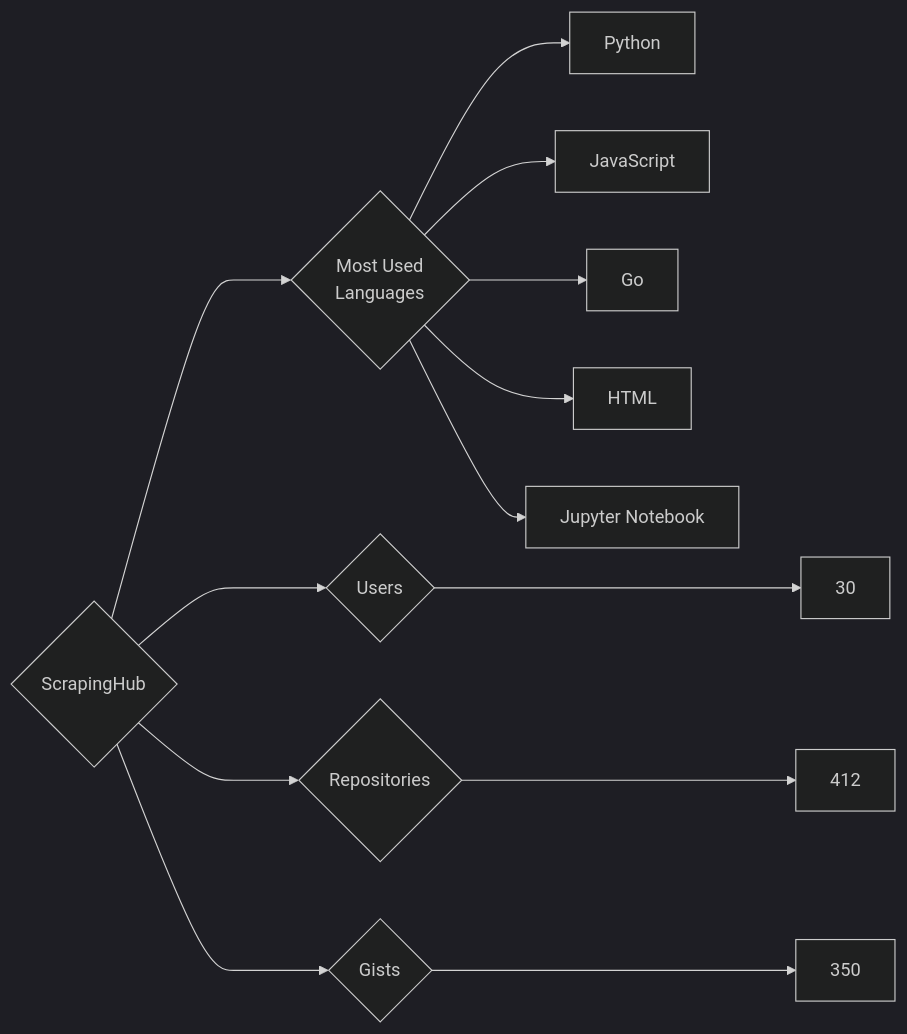
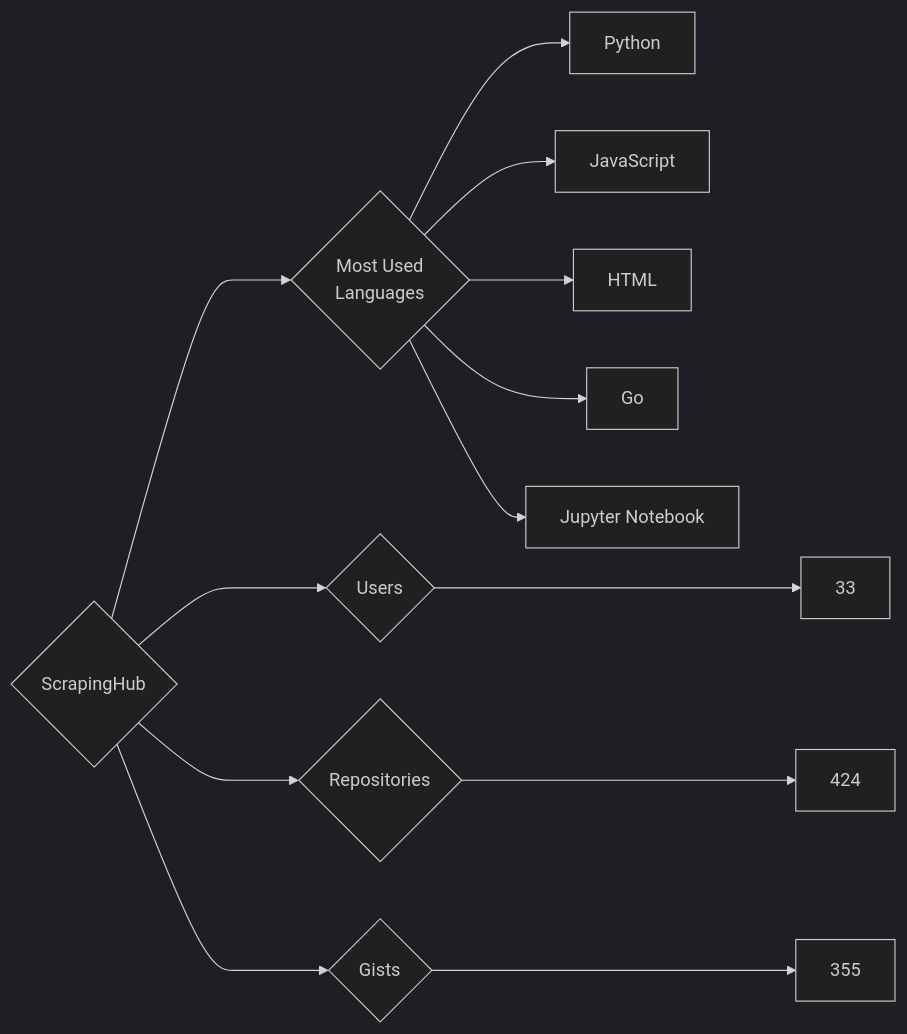
The diagram in targets/ScrapingHub/README.md (trickest/insiders), drawn with Mermaid (dark theme) before and after one commit. The commit also changed 878 other files, not shown here.

````diff
--- a/targets/ScrapingHub/README.md
+++ b/targets/ScrapingHub/README.md
@@ -3,13 +3,13 @@
 ```mermaid
 graph LR
 COMPANY_NAME{ScrapingHub}
-COMPANY_NAME ---> U{Users} ---> UN[30]
-COMPANY_NAME ---> R{Repositories} ---> RN[412]
-COMPANY_NAME ---> G{Gists} ---> GN[350]
+COMPANY_NAME ---> U{Users} ---> UN[33]
+COMPANY_NAME ---> R{Repositories} ---> RN[424]
+COMPANY_NAME ---> G{Gists} ---> GN[355]
 COMPANY_NAME ---> ML{Most Used<br>Languages}
 ML --> Python[Python]
 ML --> JavaScript[JavaScript]
+ML --> HTML[HTML]
 ML --> Go[Go]
-ML --> HTML[HTML]
 ML --> Jupyter_Notebook[Jupyter Notebook]
 ```
````
